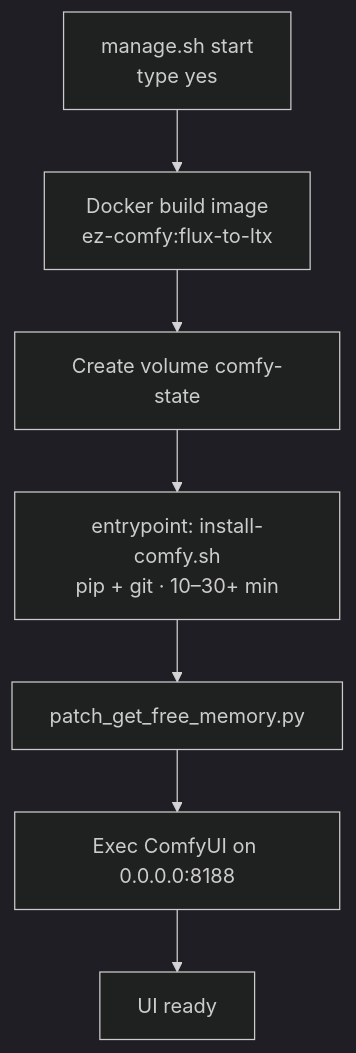
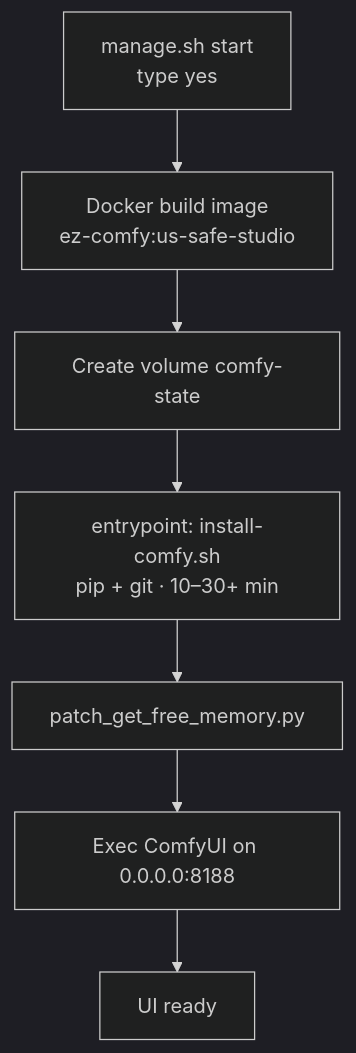
One commit to toxicoder/ez-comfy-stack changed the third of 3 diagrams in docs/getting-started.md. Above: the diagram before and after it, drawn with Mermaid (dark theme). The commit also changed other lines of this file and 142 other files, not shown here.

````diff
--- a/docs/getting-started.md
+++ b/docs/getting-started.md
@@ -455,9 +444,9 @@
     ```mermaid
     flowchart TB
-      A["manage.sh start<br/>type yes"] --> B["Docker build image<br/>ez-comfy:flux-to-ltx"]
+      A["manage.sh start<br/>type yes"] --> B["Docker build image<br/>ez-comfy:us-safe-studio"]
       B --> C["Create volume comfy-state"]
       C --> D["entrypoint: install-comfy.sh<br/>pip + git · 10–30+ min"]
       D --> E["patch_get_free_memory.py"]
       E --> F["Exec ComfyUI on 0.0.0.0:8188"]
       F --> G["UI ready"]
     ```
````
